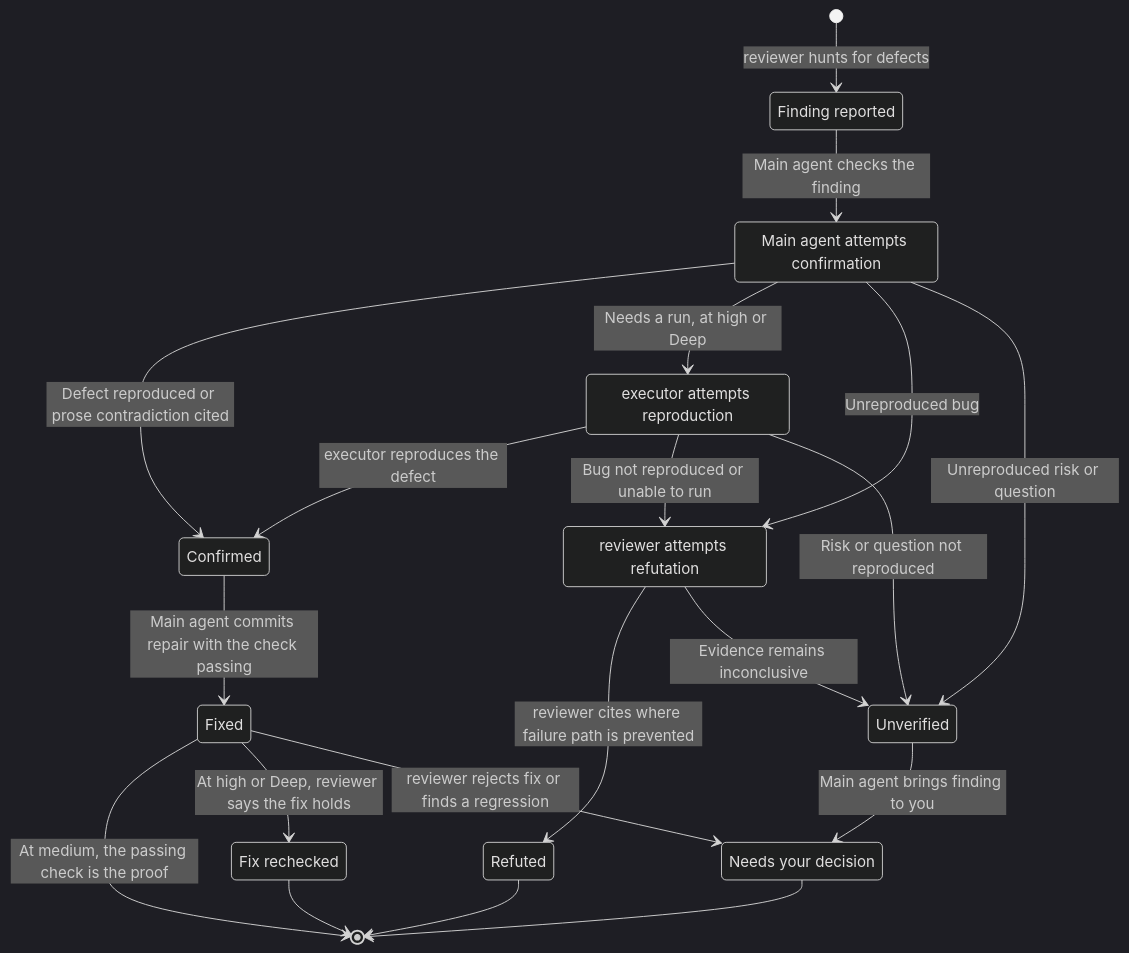
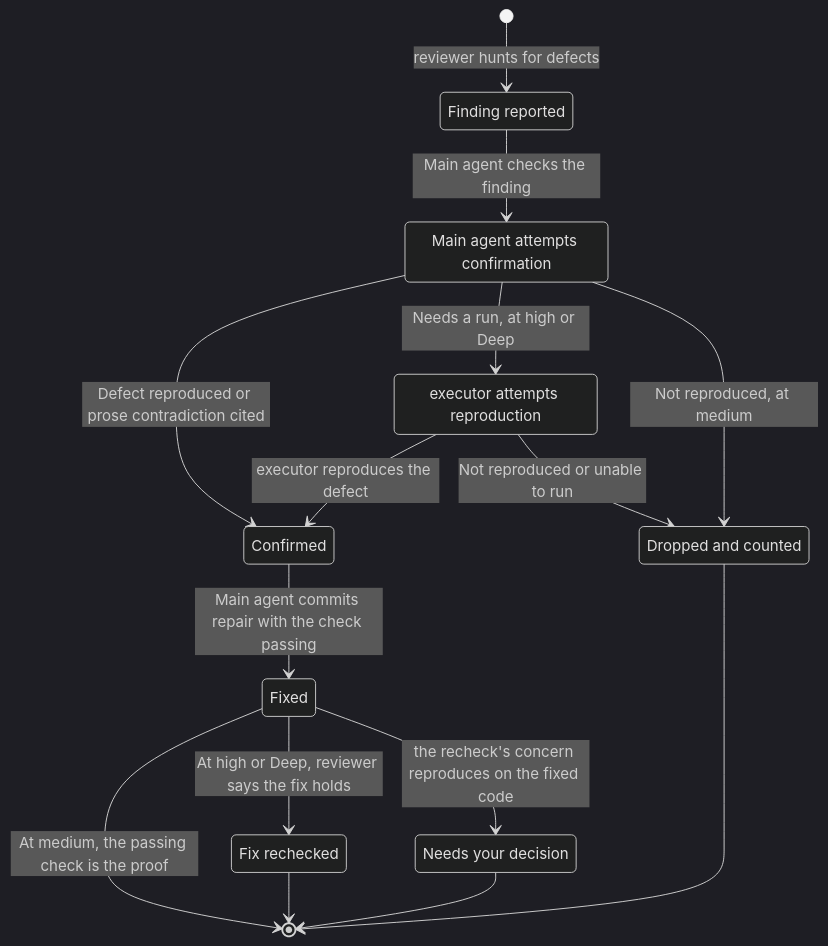
The diagram in docs/subagents.md (jvillegasd/harness), drawn with Mermaid (dark theme) before and after one commit. The commit also changed other lines of this file and 16 other files, not shown here.

````diff
--- a/docs/subagents.md
+++ b/docs/subagents.md
@@ -35,33 +35,26 @@
 ```mermaid
 stateDiagram-v2
     state "Finding reported" as Reported
     state "Main agent attempts confirmation" as Confirmation
     state "executor attempts reproduction" as Reproduction
-    state "reviewer attempts refutation" as Refutation
-    state "Unverified" as Unverified
+    state "Dropped and counted" as Dropped
     state "Confirmed" as Confirmed
-    state "Refuted" as Refuted
     state "Fixed" as Fixed
     state "Fix rechecked" as Rechecked
     state "Needs your decision" as Decision
 
     [*] --> Reported: reviewer hunts for defects
     Reported --> Confirmation: Main agent checks the finding
     Confirmation --> Confirmed: Defect reproduced or prose contradiction cited
     Confirmation --> Reproduction: Needs a run, at high or Deep
-    Confirmation --> Refutation: Unreproduced bug
-    Confirmation --> Unverified: Unreproduced risk or question
+    Confirmation --> Dropped: Not reproduced, at medium
     Reproduction --> Confirmed: executor reproduces the defect
-    Reproduction --> Refutation: Bug not reproduced or unable to run
-    Reproduction --> Unverified: Risk or question not reproduced
-    Refutation --> Refuted: reviewer cites where failure path is prevented
-    Refutation --> Unverified: Evidence remains inconclusive
-    Unverified --> Decision: Main agent brings finding to you
+    Reproduction --> Dropped: Not reproduced or unable to run
     Confirmed --> Fixed: Main agent commits repair with the check passing
     Fixed --> [*]: At medium, the passing check is the proof
     Fixed --> Rechecked: At high or Deep, reviewer says the fix holds
-    Fixed --> Decision: reviewer rejects fix or finds a regression
+    Fixed --> Decision: the recheck's concern reproduces on the fixed code
     Rechecked --> [*]
-    Refuted --> [*]
+    Dropped --> [*]
     Decision --> [*]
 ```
````
